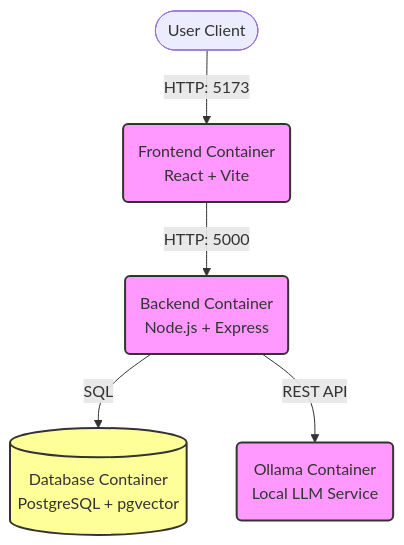
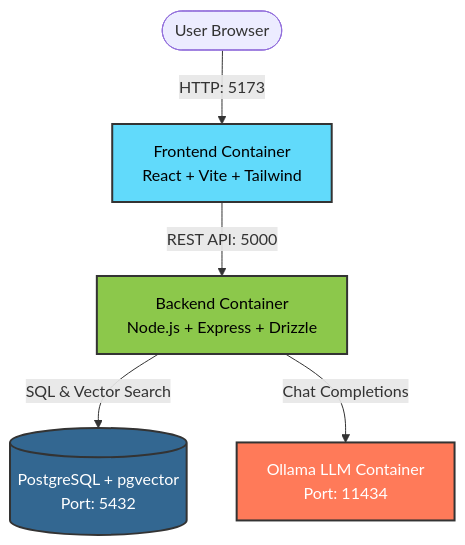
The first of 3 diagrams in Readme.md (syafiqabdha/engwah-leasing-portal), drawn with Mermaid before and after one commit. The commit also changed other lines of this file, not shown here.

````diff
--- a/Readme.md
+++ b/Readme.md
@@ -27,14 +13,18 @@
 ```mermaid
 graph TD
-    User([User Client]) -->|HTTP: 5173| Frontend(Frontend Container<br/>React + Vite)
-    Frontend -->|HTTP: 5000| Backend(Backend Container<br/>Node.js + Express)
+    Client([User Browser]) -->|HTTP: 5173| Frontend[Frontend Container<br/>React + Vite + Tailwind]
+    Frontend -->|REST API: 5000| Backend[Backend Container<br/>Node.js + Express + Drizzle]
 
-    Backend -->|SQL| Database[(Database Container<br/>PostgreSQL + pgvector)]
-    Backend -->|REST API| Ollama(Ollama Container<br/>Local LLM Service)
+    Backend -->|SQL & Vector Search| Database[(PostgreSQL + pgvector<br/>Port: 5432)]
+    Backend -->|Chat Completions| Ollama[Ollama LLM Container<br/>Port: 11434]
 
-    classDef container fill:#f9f,stroke:#333,stroke-width:2px;
-    classDef db fill:#ff9,stroke:#333,stroke-width:2px;
+    classDef frontend fill:#61DAFB,stroke:#333,stroke-width:2px,color:#000;
+    classDef backend fill:#8CC84B,stroke:#333,stroke-width:2px,color:#000;
+    classDef database fill:#336791,stroke:#333,stroke-width:2px,color:#fff;
+    classDef llm fill:#FF7A59,stroke:#333,stroke-width:2px,color:#fff;
 
-    class Frontend,Backend,Ollama container;
-    class Database db;
+    class Frontend frontend;
+    class Backend backend;
+    class Database database;
+    class Ollama llm;
 ```
````
